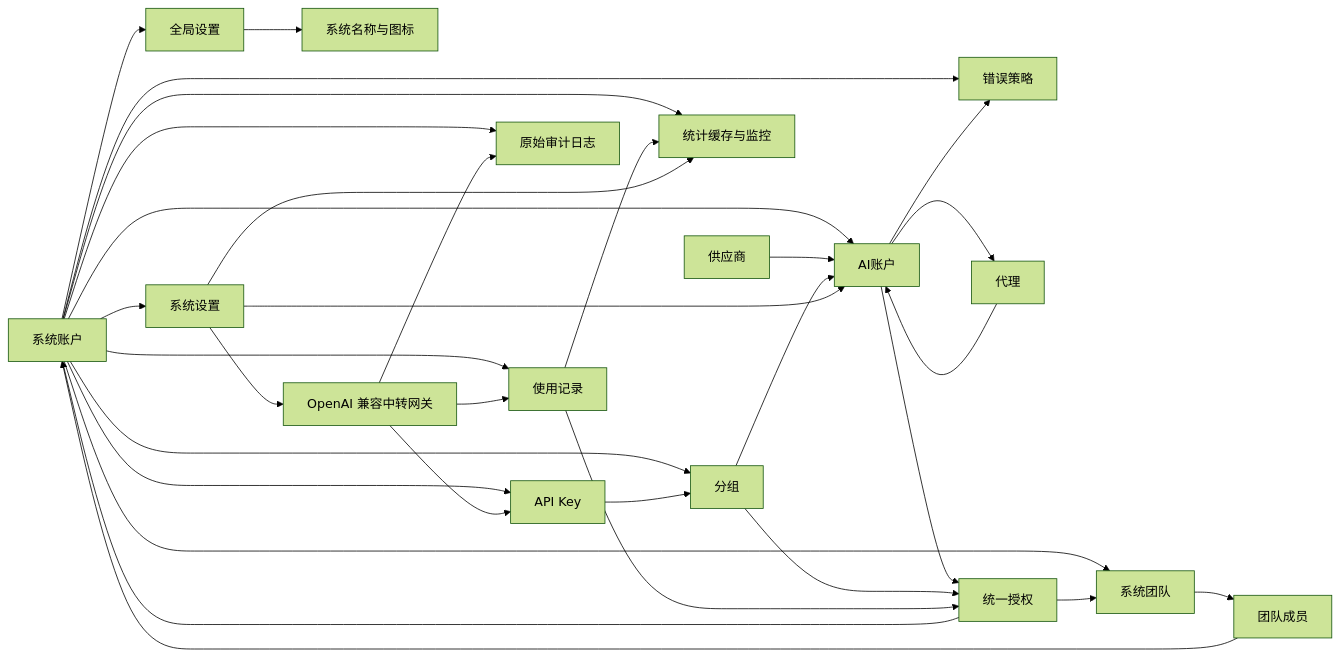
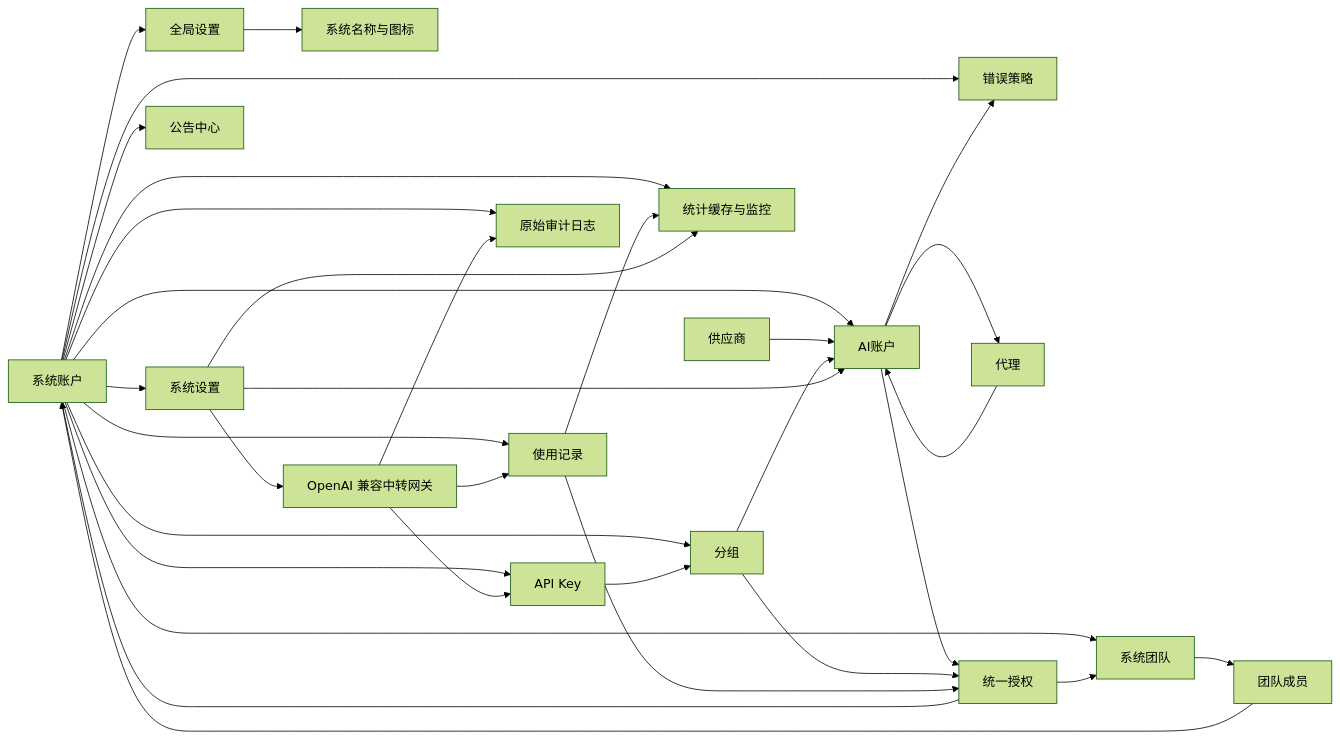
Before and after one commit to huanmin123/juhe-ai: the diagram in docs/architecture/架构总览.md, drawn with Mermaid (forest theme). The commit also changed other lines of this file and 45 other files, not shown here.

````diff
--- a/docs/architecture/架构总览.md
+++ b/docs/architecture/架构总览.md
@@ -55,34 +55,35 @@
 ```mermaid
 flowchart LR
   SystemAccount["系统账户"] --> GlobalSettings["全局设置"]
   SystemAccount --> SystemSettings["系统设置"]
   SystemAccount --> SystemTeam["系统团队"]
   SystemTeam --> TeamMember["团队成员"]
   TeamMember --> SystemAccount
   SystemAccount --> AIAccount["AI账户"]
   SystemAccount --> Group["分组"]
   SystemAccount --> APIKey["API Key"]
   SystemAccount --> Usage["使用记录"]
   SystemAccount --> AuditLog["原始审计日志"]
   SystemAccount --> Stats["统计缓存与监控"]
   SystemAccount --> ErrorPolicy["错误策略"]
+  SystemAccount --> Announcement["公告中心"]
   GlobalSettings --> AppBrand["系统名称与图标"]
   Provider["供应商"] --> AIAccount
   Proxy["代理"] --> AIAccount
   AIAccount --> Proxy
   AIAccount --> ErrorPolicy
   AIAccount --> ResourceAuthorization["统一授权"]
   Group --> ResourceAuthorization
   ResourceAuthorization --> SystemAccount
   ResourceAuthorization --> SystemTeam
   Group --> AIAccount
   APIKey --> Group
   Gateway["OpenAI 兼容中转网关"] --> APIKey
   Gateway --> Usage["使用记录"]
   Gateway --> AuditLog
   Usage --> ResourceAuthorization
   Usage --> Stats["统计缓存与监控"]
   SystemSettings --> Gateway
   SystemSettings --> AIAccount
   SystemSettings --> Stats
 ```
````
